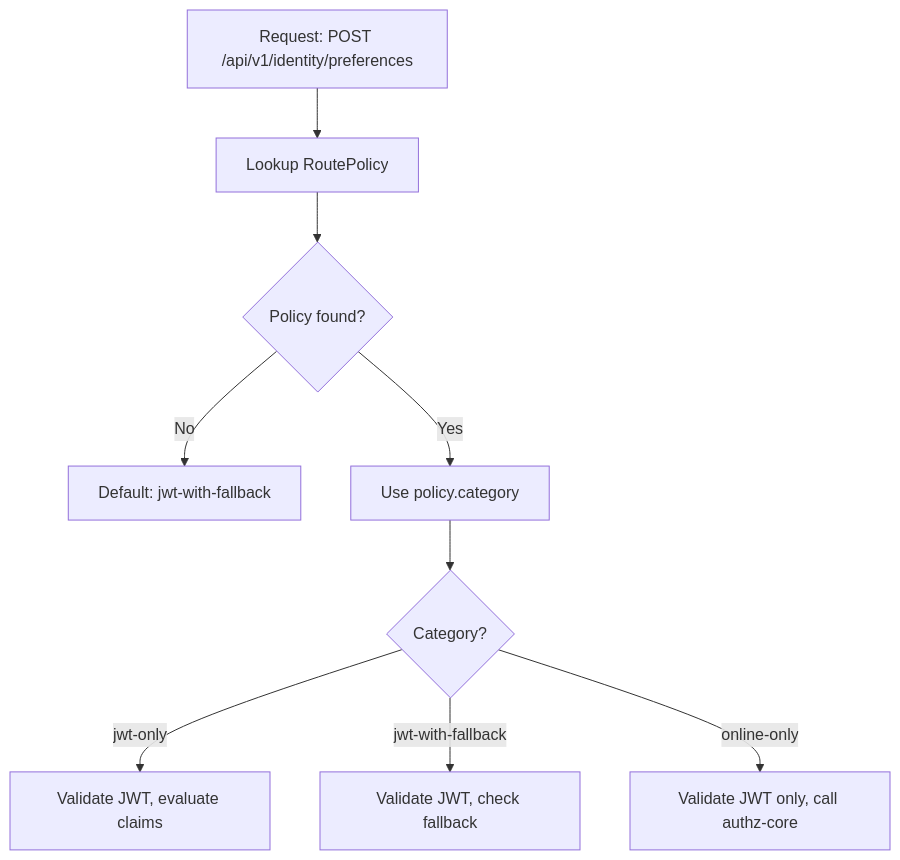
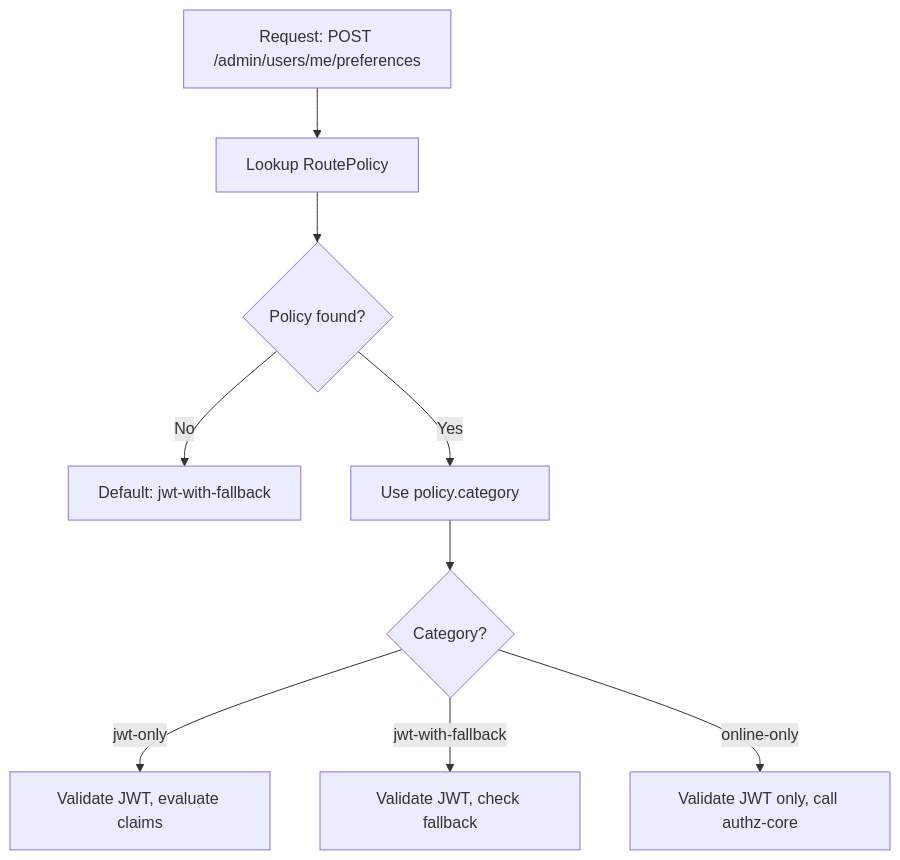
One commit to microscaler/sesame-idam changed the third of 3 diagrams in docs/Epics/04-hybrid-authz-model/stories/story-4.1.md. Above: the diagram before and after it, drawn with Mermaid. The commit also changed other lines of this file and 15 other files, not shown here.

````diff
--- a/docs/Epics/04-hybrid-authz-model/stories/story-4.1.md
+++ b/docs/Epics/04-hybrid-authz-model/stories/story-4.1.md
@@ -202,11 +202,11 @@
 ```mermaid
 flowchart TD
-    A[Request: POST /api/v1/identity/preferences] --> B[Lookup RoutePolicy]
+    A[Request: POST /admin/users/me/preferences] --> B[Lookup RoutePolicy]
     B --> C{Policy found?}
     C -->|No| D[Default: jwt-with-fallback]
     C -->|Yes| E[Use policy.category]
     E --> F{Category?}
     F -->|jwt-only| G[Validate JWT, evaluate claims]
     F -->|jwt-with-fallback| H[Validate JWT, check fallback]
     F -->|online-only| I[Validate JWT only, call authz-core]
 ```
````
